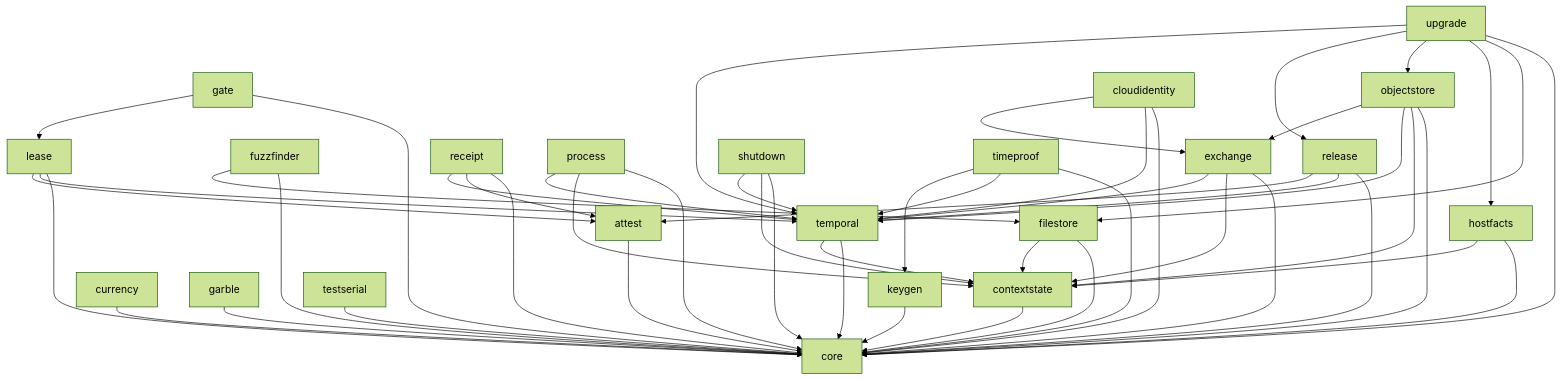
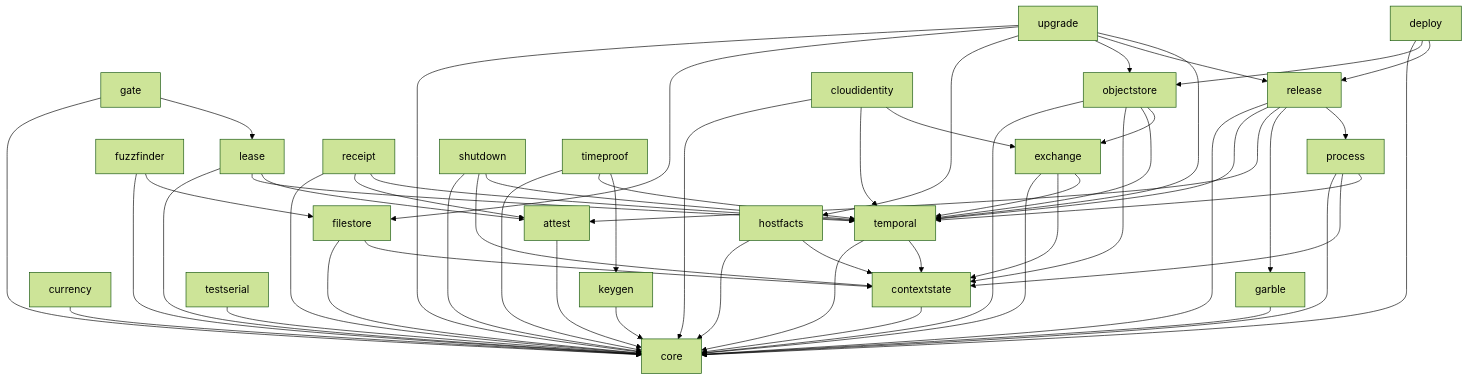
The diagram in README.md (deliri/primitive), drawn with Mermaid (forest theme) before and after one commit. The commit also changed other lines of this file and 42 other files, not shown here.

Commit message:
Add deterministic release and deploy contracts

````diff
--- a/README.md
+++ b/README.md
@@ -26,59 +26,65 @@
 ```mermaid
 flowchart TD
     core[core]
 
     attest[attest] --> core
     contextstate[contextstate] --> core
     currency[currency] --> core
     garble[garble] --> core
     keygen[keygen] --> core
     testserial[testserial] --> core
 
     filestore[filestore] --> core
     filestore --> contextstate
     hostfacts[hostfacts] --> core
     hostfacts --> contextstate
     temporal[temporal] --> core
     temporal --> contextstate
 
     exchange[exchange] --> core
     exchange --> contextstate
     exchange --> temporal
     fuzzfinder[fuzzfinder] --> core
     fuzzfinder --> filestore
     lease[lease] --> core
     lease --> temporal
     lease --> attest
     gate[gate] --> core
     gate --> lease
     receipt[receipt] --> core
     receipt --> attest
     receipt --> temporal
     process[process] --> core
     process --> contextstate
     process --> temporal
     release[release] --> core
     release --> temporal
     release --> attest
+    release --> garble
+    release --> process
     shutdown[shutdown] --> core
     shutdown --> contextstate
     shutdown --> temporal
 
     objectstore[objectstore] --> core
     objectstore --> contextstate
     objectstore --> temporal
     objectstore --> exchange
     timeproof[timeproof] --> core
     timeproof --> temporal
     timeproof --> keygen
     cloudidentity[cloudidentity] --> core
     cloudidentity --> temporal
     cloudidentity --> exchange
 
+    deploy[deploy] --> core
+    deploy --> objectstore
+    deploy --> release
+
     upgrade[upgrade] --> core
     upgrade --> filestore
     upgrade --> hostfacts
     upgrade --> objectstore
     upgrade --> release
     upgrade --> temporal
 ```
````
